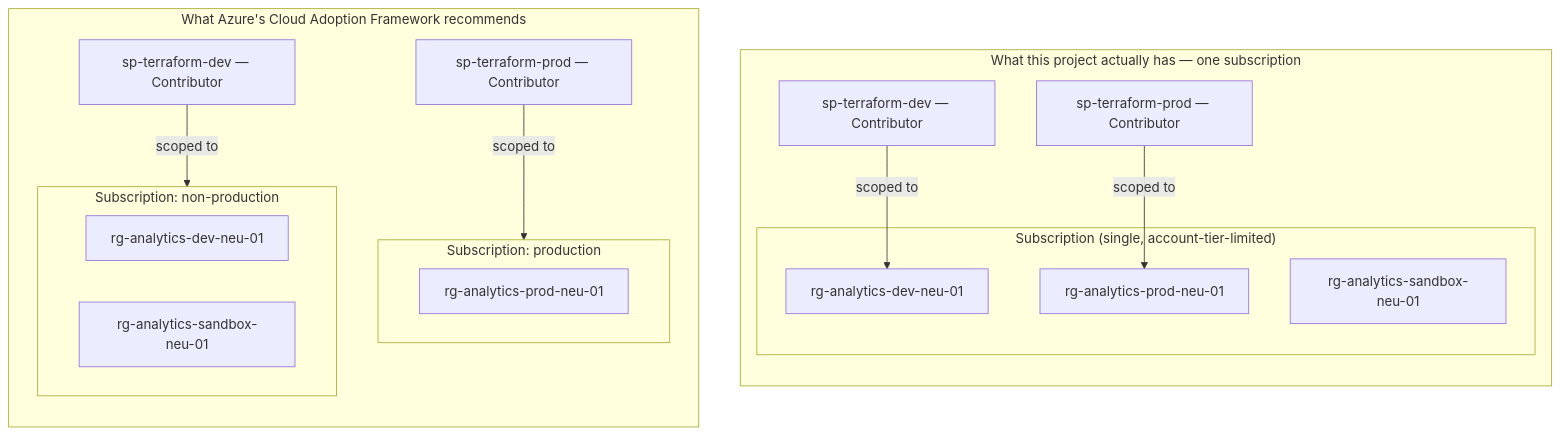
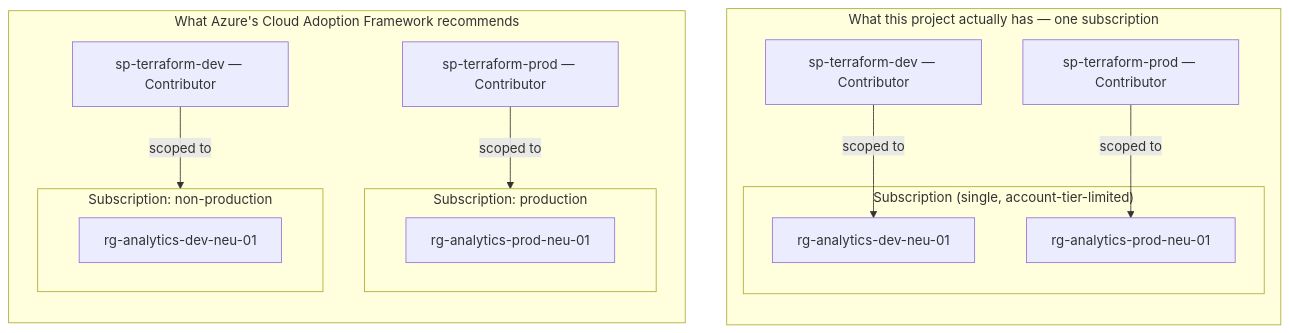
The diagram in docs/analytics-platform/ARCHITECTURE.md (oseliocandido/terraform-azure), drawn with Mermaid before and after one commit. The commit also changed other lines of this file and 43 other files, not shown here.

````diff
--- a/docs/analytics-platform/ARCHITECTURE.md
+++ b/docs/analytics-platform/ARCHITECTURE.md
@@ -76,26 +75,24 @@
 ```mermaid
 flowchart TB
     subgraph current["What this project actually has — one subscription"]
         direction TB
         subgraph subA["Subscription (single, account-tier-limited)"]
             rgdevA["rg-analytics-dev-neu-01"]
             rgprodA["rg-analytics-prod-neu-01"]
-            rgsandboxA["rg-analytics-sandbox-neu-01"]
         end
         spdevA["sp-terraform-dev — Contributor"] -->|scoped to| rgdevA
         spprodA["sp-terraform-prod — Contributor"] -->|scoped to| rgprodA
     end
 
     subgraph recommended["What Azure's Cloud Adoption Framework recommends"]
         direction TB
         subgraph subProd["Subscription: production"]
             rgprodB["rg-analytics-prod-neu-01"]
         end
         subgraph subNonprod["Subscription: non-production"]
             rgdevB["rg-analytics-dev-neu-01"]
-            rgsandboxB["rg-analytics-sandbox-neu-01"]
         end
         spprodB["sp-terraform-prod — Contributor"] -->|scoped to| subProd
         spdevB["sp-terraform-dev — Contributor"] -->|scoped to| subNonprod
     end
 ```
````
